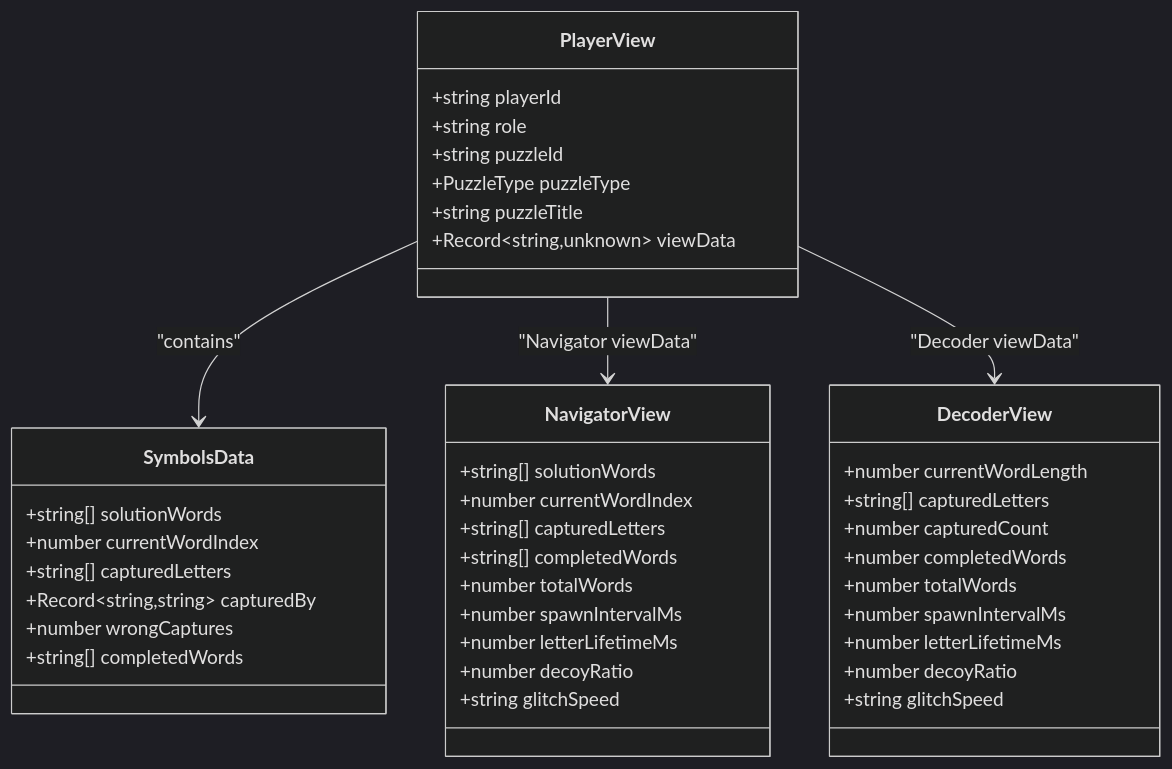
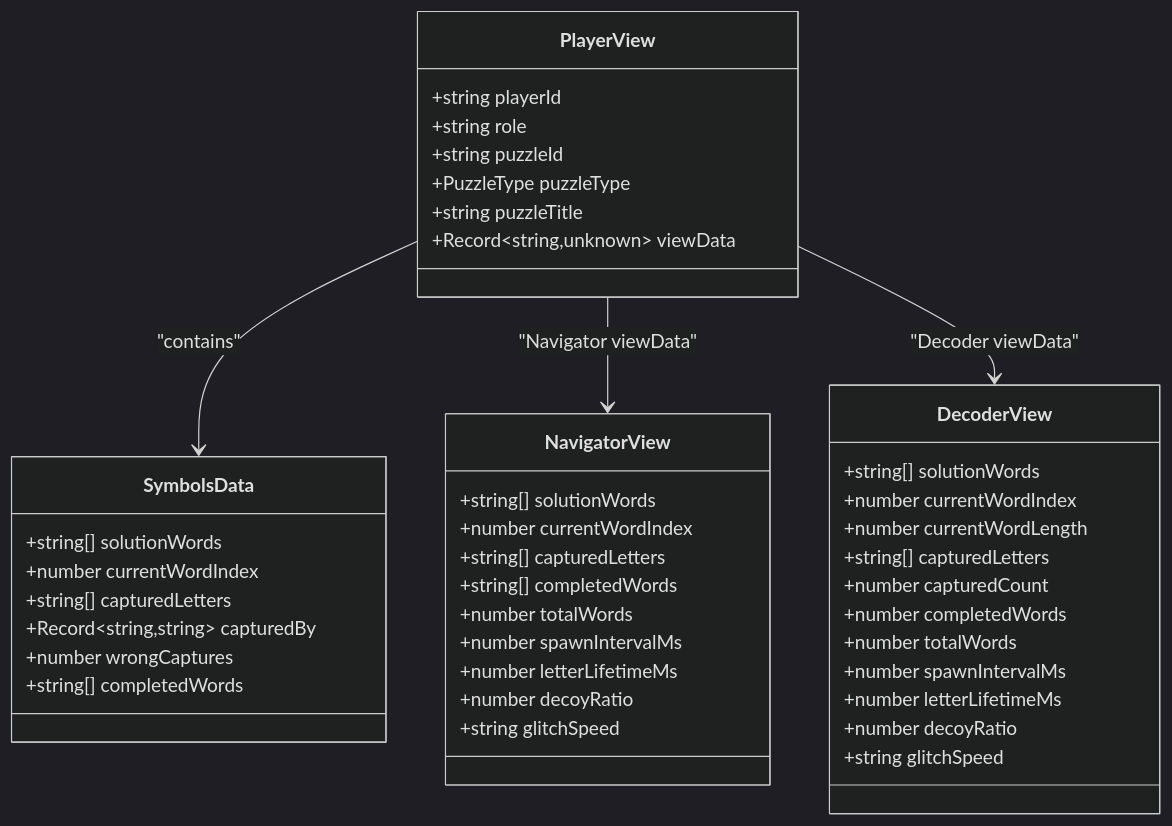
Before and after one commit to dkoukoul/escape-room-mvp: the fifth of 9 diagrams in .qoder/repowiki/en/content/Puzzle System/Asymmetric Symbols Puzzle.md, drawn with Mermaid (dark theme). The commit also changed other lines of this file and 21 other files, not shown here.

````diff
--- a/.qoder/repowiki/en/content/Puzzle System/Asymmetric Symbols Puzzle.md
+++ b/.qoder/repowiki/en/content/Puzzle System/Asymmetric Symbols Puzzle.md
@@ -247,44 +313,46 @@
 ```mermaid
 classDiagram
 class PlayerView {
 +string playerId
 +string role
 +string puzzleId
 +PuzzleType puzzleType
 +string puzzleTitle
 +Record~string,unknown~ viewData
 }
 class SymbolsData {
 +string[] solutionWords
 +number currentWordIndex
 +string[] capturedLetters
 +Record~string,string~ capturedBy
 +number wrongCaptures
 +string[] completedWords
 }
 class NavigatorView {
 +string[] solutionWords
 +number currentWordIndex
 +string[] capturedLetters
 +string[] completedWords
 +number totalWords
 +number spawnIntervalMs
 +number letterLifetimeMs
 +number decoyRatio
 +string glitchSpeed
 }
 class DecoderView {
++string[] solutionWords
++number currentWordIndex
 +number currentWordLength
 +string[] capturedLetters
 +number capturedCount
 +number completedWords
 +number totalWords
 +number spawnIntervalMs
 +number letterLifetimeMs
 +number decoyRatio
 +string glitchSpeed
 }
 PlayerView --> SymbolsData : "contains"
 PlayerView --> NavigatorView : "Navigator viewData"
 PlayerView --> DecoderView : "Decoder viewData"
 ```
````
